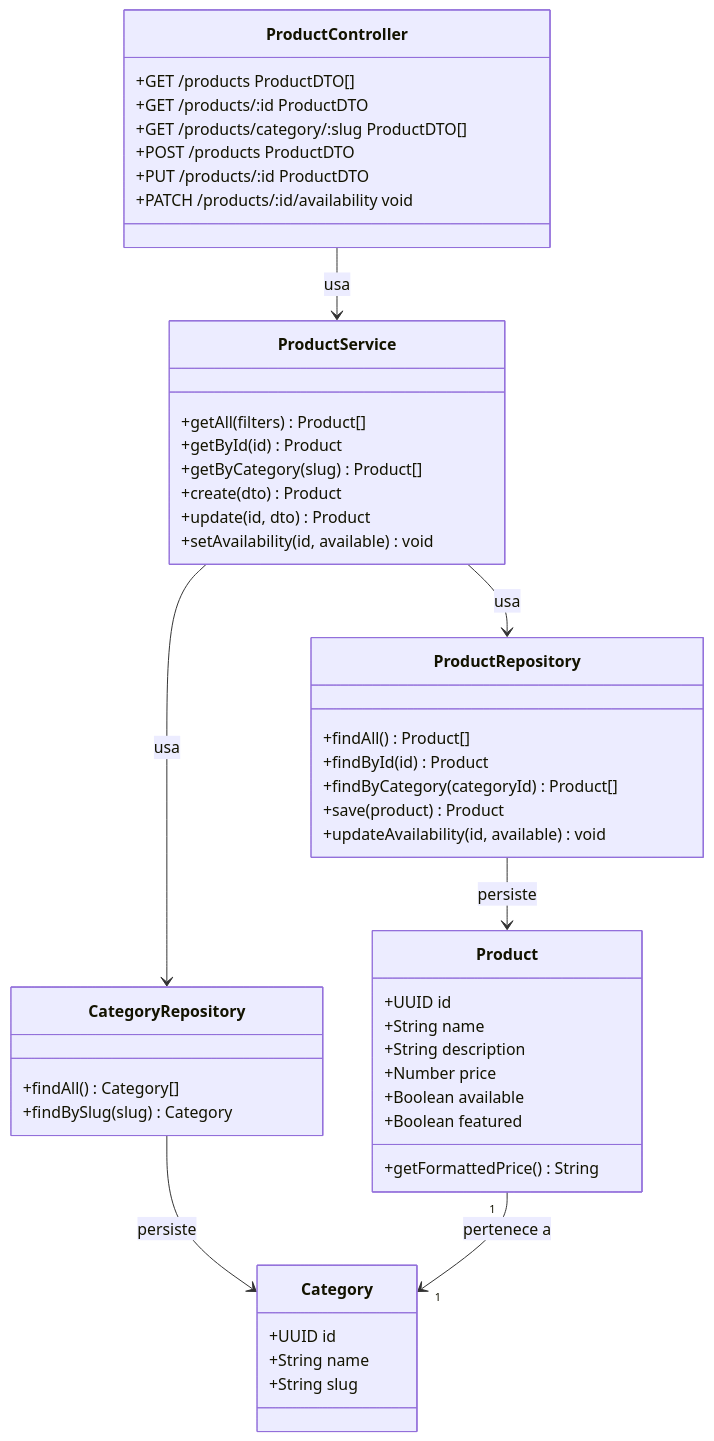
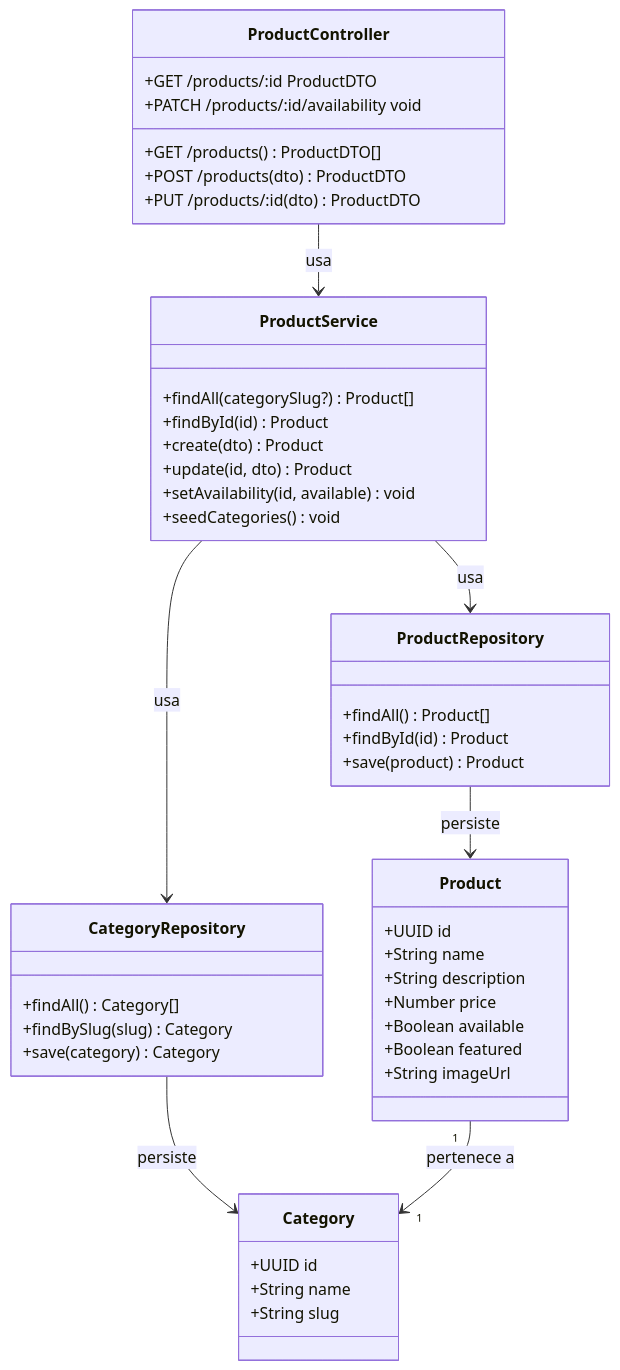
Before and after one commit to holyusm/INF-301-WWW: the sixth of 12 diagrams in BackEnd-Arquitectura.md, drawn with Mermaid. The commit also changed other lines of this file, not shown here.

````diff
--- a/BackEnd-Arquitectura.md
+++ b/BackEnd-Arquitectura.md
@@ -428,56 +438,54 @@
 ```mermaid
 classDiagram
     class ProductController {
-        +GET /products ProductDTO[]
+        +GET /products() ProductDTO[]
         +GET /products/:id ProductDTO
-        +GET /products/category/:slug ProductDTO[]
-        +POST /products ProductDTO
-        +PUT /products/:id ProductDTO
+        +POST /products(dto) ProductDTO
+        +PUT /products/:id(dto) ProductDTO
         +PATCH /products/:id/availability void
     }
 
     class ProductService {
-        +getAll(filters) Product[]
-        +getById(id) Product
-        +getByCategory(slug) Product[]
+        +findAll(categorySlug?) Product[]
+        +findById(id) Product
         +create(dto) Product
         +update(id, dto) Product
         +setAvailability(id, available) void
+        +seedCategories() void
     }
 
     class ProductRepository {
         +findAll() Product[]
         +findById(id) Product
-        +findByCategory(categoryId) Product[]
         +save(product) Product
-        +updateAvailability(id, available) void
     }
 
     class CategoryRepository {
         +findAll() Category[]
         +findBySlug(slug) Category
+        +save(category) Category
     }
 
     class Product {
         +UUID id
         +String name
         +String description
         +Number price
         +Boolean available
         +Boolean featured
-        +getFormattedPrice() String
+        +String imageUrl
     }
 
     class Category {
         +UUID id
         +String name
         +String slug
     }
 
     ProductController --> ProductService : usa
     ProductService --> ProductRepository : usa
     ProductService --> CategoryRepository : usa
     ProductRepository --> Product : persiste
     CategoryRepository --> Category : persiste
     Product "1" --> "1" Category : pertenece a
 ```
````
